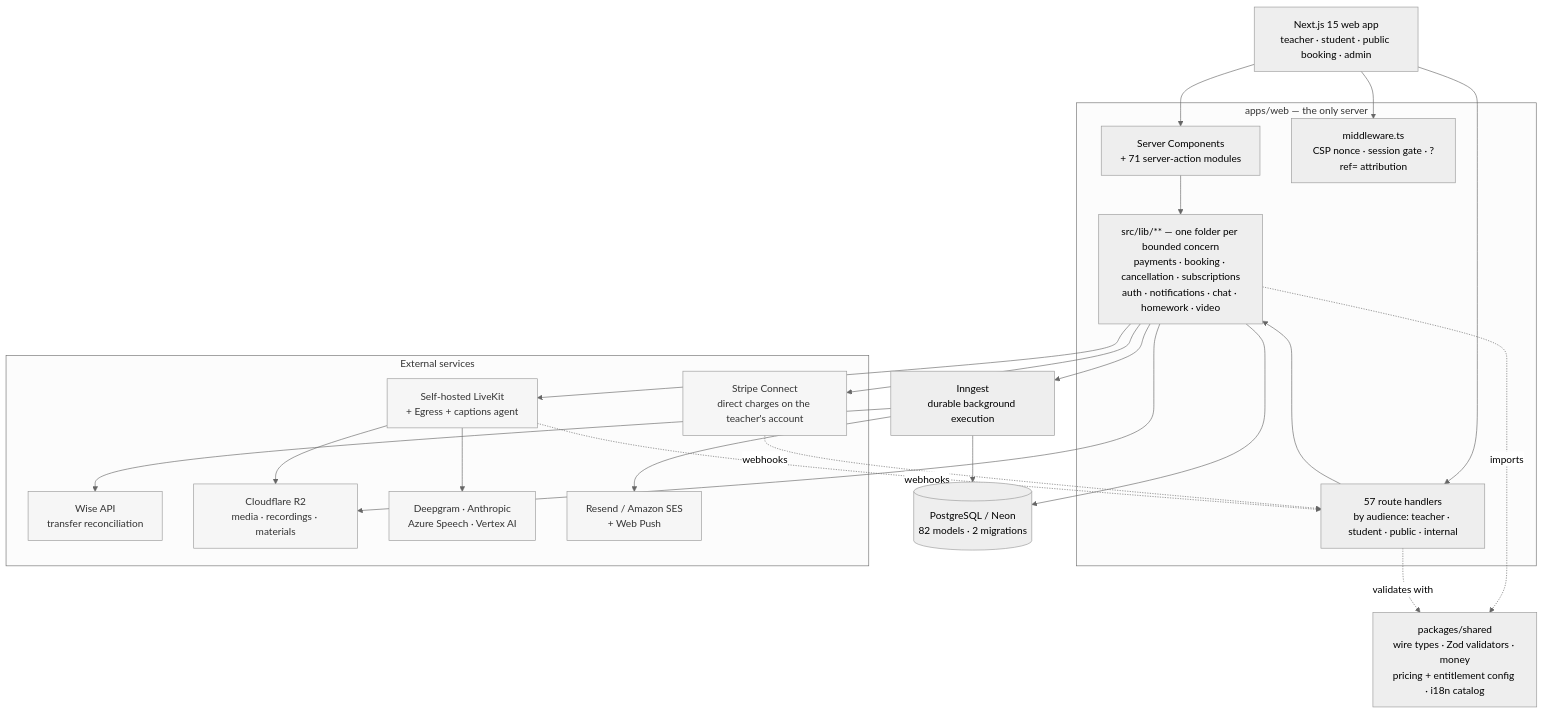
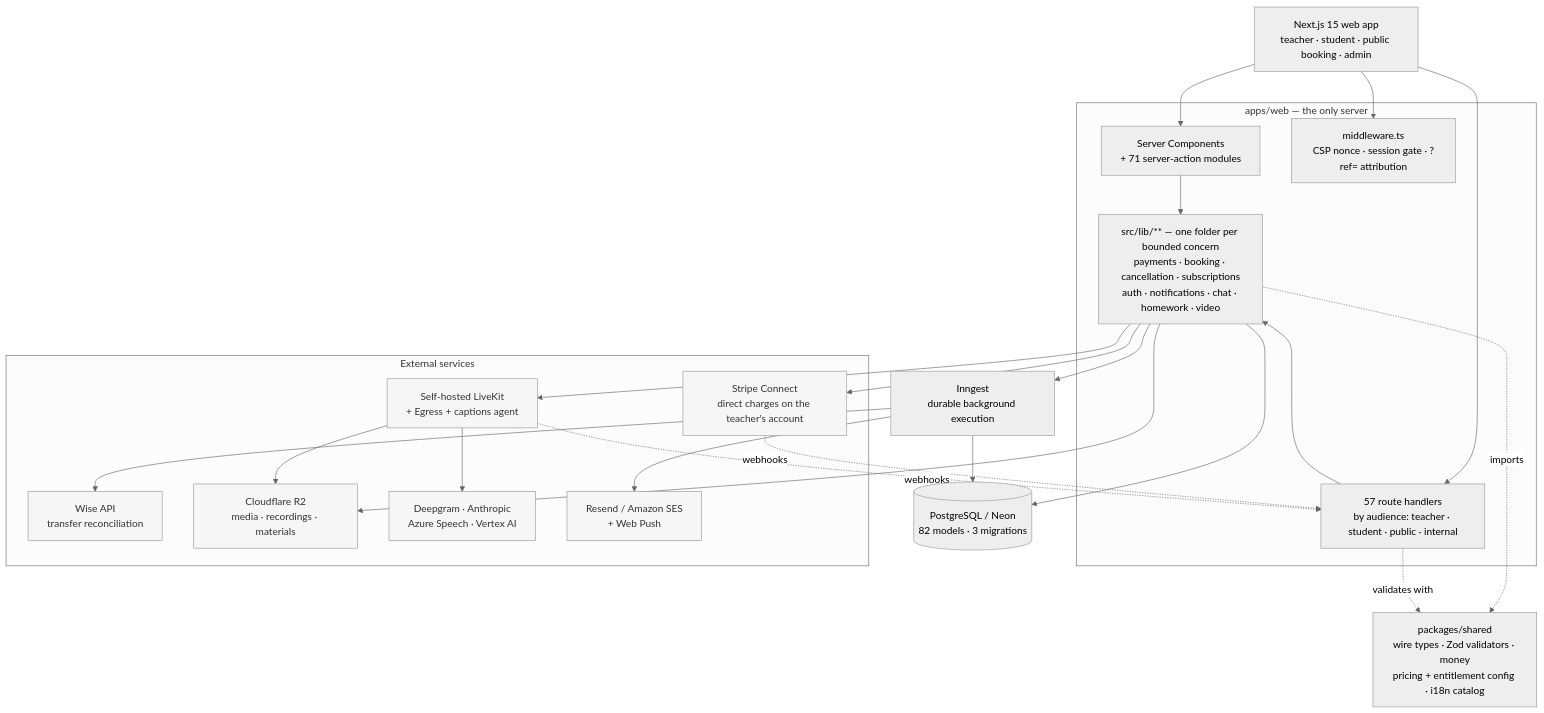
The first of 2 diagrams in README.md (jaystewartuk/spiralclass), drawn with Mermaid (neutral theme) before and after one commit. The commit also changed other lines of this file and 9 other files, not shown here.

````diff
--- a/README.md
+++ b/README.md
@@ -131,48 +131,48 @@
 ```mermaid
 graph TB
     WEB["Next.js 15 web app<br/>teacher · student · public booking · admin"]
 
     subgraph app["apps/web — the only server"]
         RSC["Server Components<br/>+ 71 server-action modules"]
         API["57 route handlers<br/>by audience: teacher · student · public · internal"]
         MW["middleware.ts<br/>CSP nonce · session gate · ?ref= attribution"]
         LIB["src/lib/** — one folder per bounded concern<br/>payments · booking · cancellation · subscriptions<br/>auth · notifications · chat · homework · video"]
     end
 
     SH["packages/shared<br/>wire types · Zod validators · money<br/>pricing + entitlement config · i18n catalog"]
 
-    DB[("PostgreSQL / Neon<br/>82 models · 2 migrations")]
+    DB[("PostgreSQL / Neon<br/>82 models · 3 migrations")]
     JOBS["Inngest<br/>durable background execution"]
 
     subgraph external["External services"]
         STRIPE["Stripe Connect<br/>direct charges on the teacher's account"]
         WISE["Wise API<br/>transfer reconciliation"]
         LK["Self-hosted LiveKit<br/>+ Egress + captions agent"]
         R2["Cloudflare R2<br/>media · recordings · materials"]
         AI["Deepgram · Anthropic<br/>Azure Speech · Vertex AI"]
         MAIL["Resend / Amazon SES<br/>+ Web Push"]
     end
 
     WEB --> MW
     WEB --> RSC
     WEB --> API
     RSC --> LIB
     API --> LIB
     LIB --> DB
     LIB --> JOBS
     JOBS --> DB
     JOBS --> MAIL
     LIB --> STRIPE
     JOBS --> WISE
     LIB --> LK
     LK --> R2
     LK --> AI
     LIB --> R2
     LIB -.imports.-> SH
     API -.validates with.-> SH
     STRIPE -.webhooks.-> API
     LK -.webhooks.-> API
 
     classDef ext fill:#f6f6f6,stroke:#999,color:#333
     class STRIPE,WISE,LK,R2,AI,MAIL ext
 ```
````
